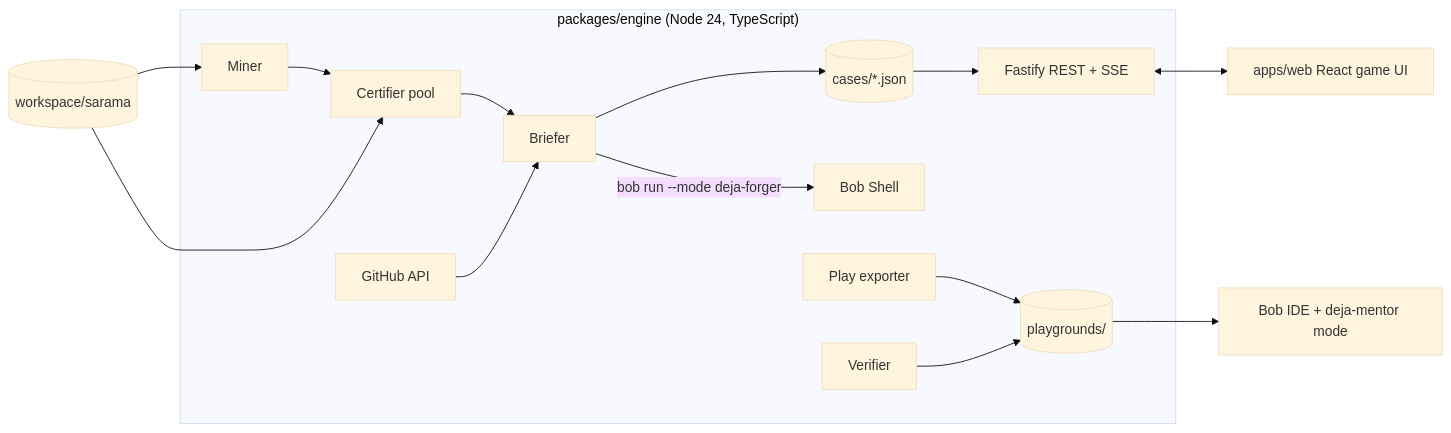
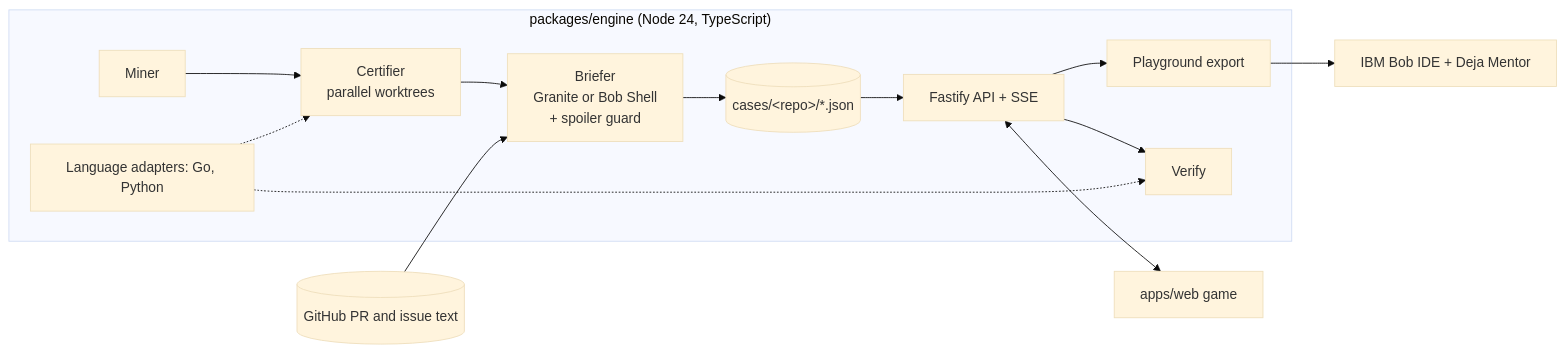
Before and after one commit to ahammadshawki8/DejaBug: the diagram in PROJECT.md, drawn with Mermaid (base theme). The commit also changed other lines of this file and 1 other file, not shown here.

````diff
--- a/PROJECT.md
+++ b/PROJECT.md
@@ -135,18 +151,16 @@
 ```mermaid
 flowchart LR
   subgraph Engine["packages/engine (Node 24, TypeScript)"]
-    M[Miner] --> C[Certifier pool]
-    C --> B[Briefer]
-    B --> S[(cases/*.json)]
-    G[GitHub API] --> B
-    B -->|bob run --mode deja-forger| BOB[Bob Shell]
-    P[Play exporter] --> PG[(playgrounds/)]
-    V[Verifier] --> PG
-    API[Fastify REST + SSE]
+    M[Miner] --> C[Certifier<br/>parallel worktrees]
+    C --> B[Briefer<br/>Granite or Bob Shell<br/>+ spoiler guard]
+    B --> S[(cases/&lt;repo&gt;/*.json)]
+    S --> API[Fastify API + SSE]
+    API --> P[Playground export]
+    API --> V[Verify]
+    A[Language adapters: Go, Python] -.-> C
+    A -.-> V
   end
-  R[(workspace/sarama)] --> M
-  R --> C
-  S --> API
-  API <--> W[apps/web React game UI]
-  PG --> IDE[Bob IDE + deja-mentor mode]
+  GH[(GitHub PR and issue text)] --> B
+  API <--> W[apps/web game]
+  P --> IDE[IBM Bob IDE + Deja Mentor]
 ```
````
